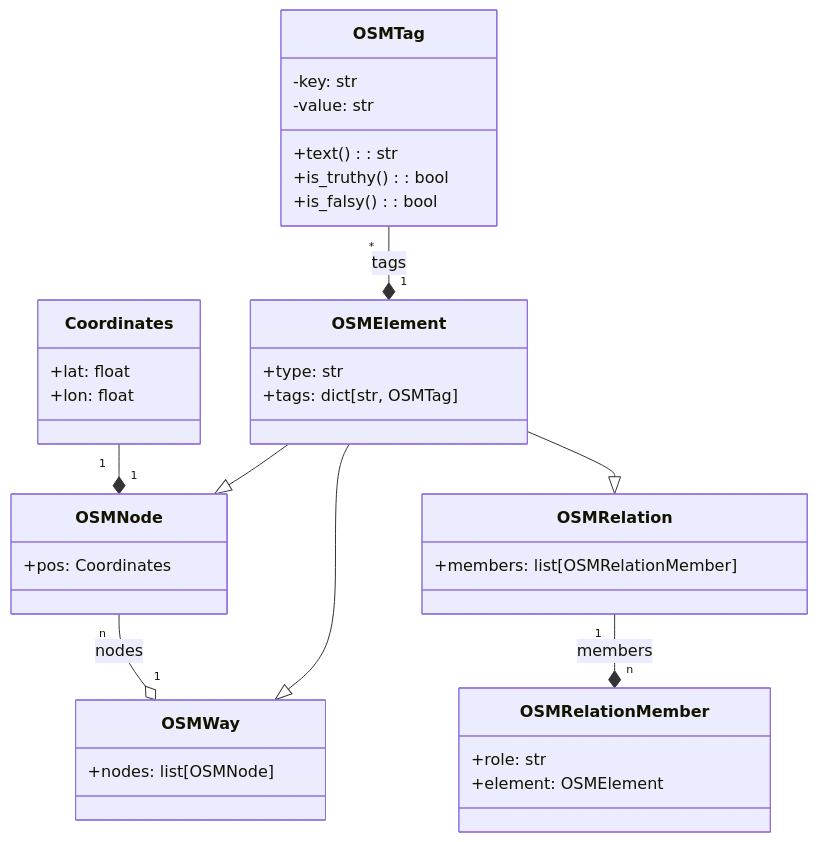
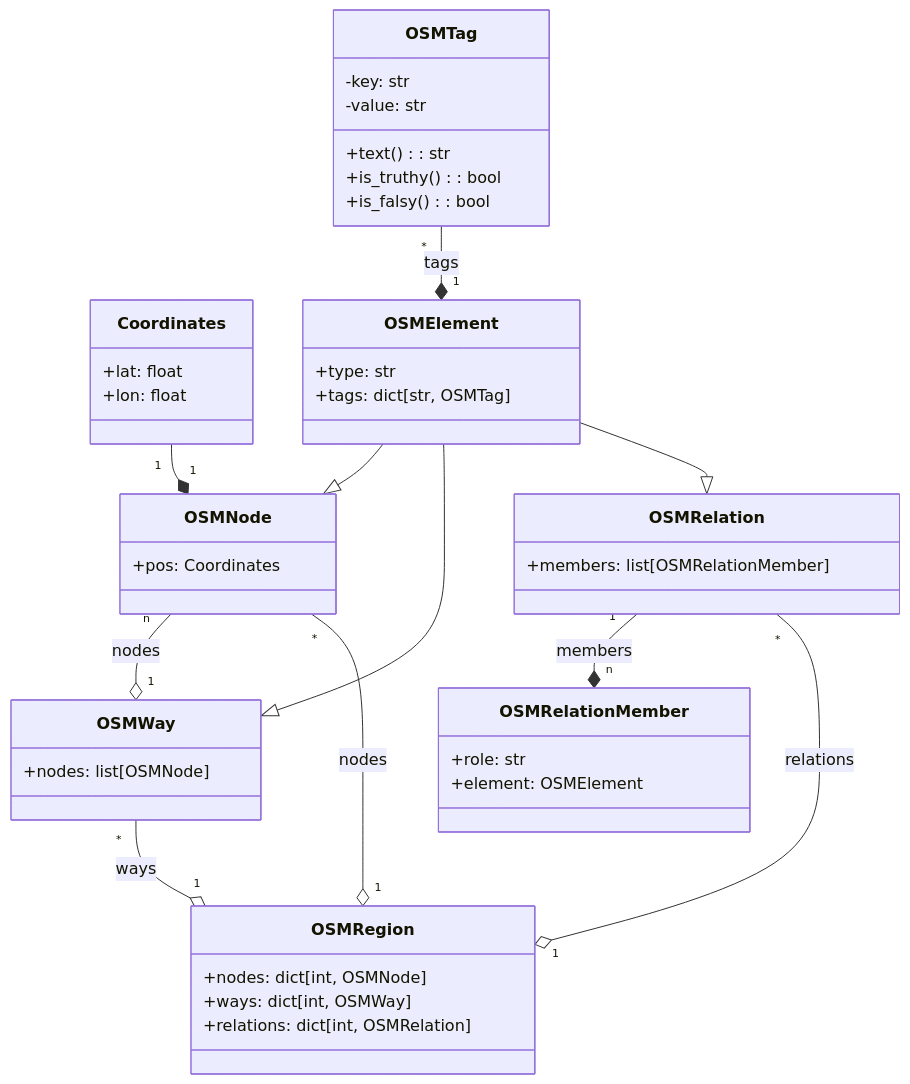
The fourth of 5 diagrams in docs/readme.md (RandomSearch18/a-level-project), drawn with Mermaid before and after one commit. The commit also changed other lines of this file, not shown here.

Commit message:
Class diagrams: Add the OSMRegion and RoutingGraph classes

````diff
--- a/docs/readme.md
+++ b/docs/readme.md
@@ -1121,45 +1122,55 @@
 ```mermaid
 classDiagram
   direction BT
   class Coordinates {
     +lat: float
     +lon: float
   }
 
   class OSMTag {
     -key: str
     -value: str
     +text(): str
     +is_truthy(): bool
     +is_falsy(): bool
   }
 
   OSMElement "1" *-- "*" OSMTag : tags
   class OSMElement {
     +type: str
     +tags: dict[str, OSMTag]
   }
 
   OSMNode <|-- OSMElement
   OSMNode "1" *-- "1" Coordinates
   class OSMNode {
     +pos: Coordinates
   }
 
   OSMWay <|-- OSMElement
   OSMWay "1" o-- "n" OSMNode : nodes
   class OSMWay {
     +nodes: list[OSMNode]
   }
 
   OSMRelationMember "n" *-- "1" OSMRelation : members
   class OSMRelationMember {
     +role: str
     +element: OSMElement
   }
 
   OSMRelation <|-- OSMElement
   class OSMRelation {
     +members: list[OSMRelationMember]
   }
+
+  %% OSMRegion "1" o-- "*" OSMElement : nodes, ways, relations
+  OSMRegion "1" o-- "*" OSMNode : nodes
+  OSMRegion "1" o-- "*" OSMWay : ways
+  OSMRegion "1" o-- "*" OSMRelation : relations
+  class OSMRegion {
+    +nodes: dict[int, OSMNode]
+    +ways: dict[int, OSMWay]
+    +relations: dict[int, OSMRelation]
+  }
 ```
````
